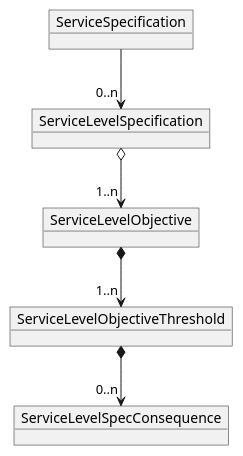
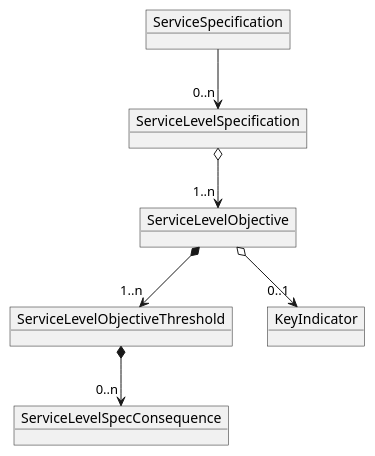
Before and after one commit to psi-consortium/psi: diagram 14 of 18 in doc/PSI/PSI-TAD/terms.md, drawn with PlantUML. The commit also changed other lines of this file and 926 other files, not shown here.

````diff
--- a/doc/PSI/PSI-TAD/terms.md
+++ b/doc/PSI/PSI-TAD/terms.md
@@ -519,14 +551,16 @@
 ```plantuml
 @startuml
 object "ServiceSpecification" as ServiceSpec
 object "ServiceLevelSpecification" as SLS
 object "ServiceLevelObjective" as SLO
 object "ServiceLevelObjectiveThreshold" as SLOT
 object "ServiceLevelSpecConsequence" as SLSC
+object "KeyIndicator" as KI
 
 ServiceSpec --> "0..n" SLS
 SLS o--> "1..n" SLO
 SLO *--> "1..n" SLOT
+SLO o--> "0..1" KI
 SLOT *--> "0..n" SLSC
 @enduml
 ```
````
